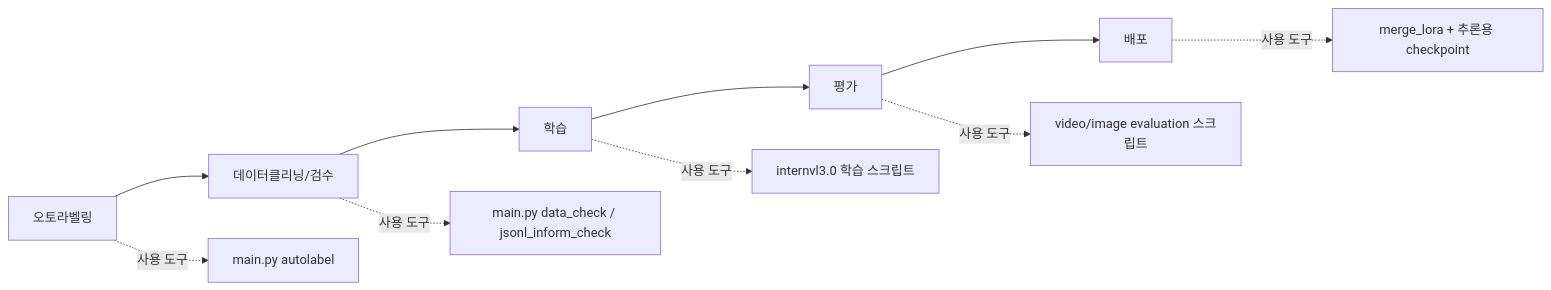
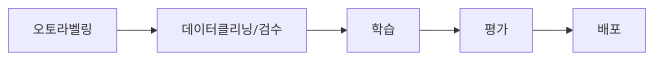
The diagram in README.md (jungseoik/train_eval_toolkit), drawn with Mermaid before and after one commit. The commit also changed other lines of this file and 4 other files, not shown here.

````diff
--- a/README.md
+++ b/README.md
@@ -5,13 +5,4 @@
 ```mermaid
 flowchart LR
-    B[오토라벨링] --> C[데이터클리닝/검수]
-    C --> D[학습]
-    D --> E[평가]
-    E --> F[배포]
-
-    B -. 사용 도구 .-> B1[main.py autolabel]
-    C -. 사용 도구 .-> C1[main.py data_check / jsonl_inform_check]
-    D -. 사용 도구 .-> D1[internvl3.0 학습 스크립트]
-    E -. 사용 도구 .-> E1[video/image evaluation 스크립트]
-    F -. 사용 도구 .-> F1[merge_lora + 추론용 checkpoint]
+    A[오토라벨링] --> B[데이터클리닝/검수] --> C[학습] --> D[평가] --> E[배포]
 ```
````
